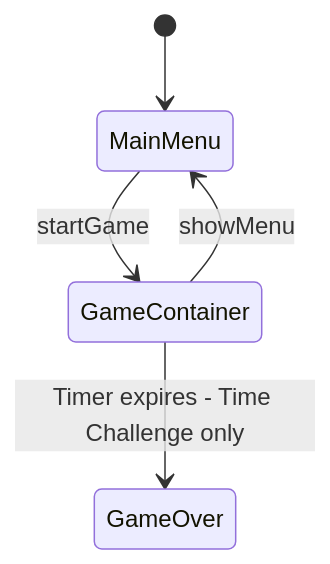
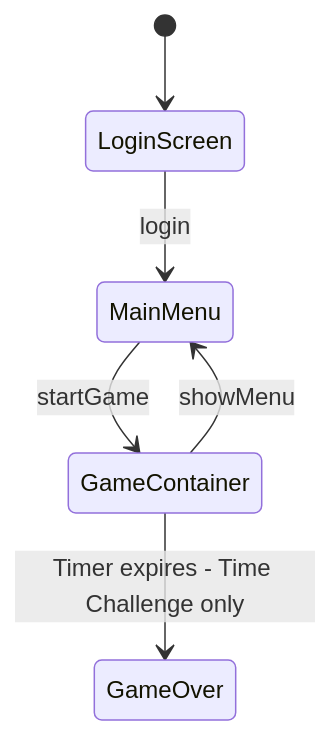
One commit to eliasrens/klockan changed the second of 2 diagrams in AGENTS.md. Above: the diagram before and after it, drawn with Mermaid. The commit also changed other lines of this file and 3 other files, not shown here.

````diff
--- a/AGENTS.md
+++ b/AGENTS.md
@@ -132,7 +178,8 @@
 ```mermaid
 stateDiagram-v2
-    [*] --> MainMenu
+    [*] --> LoginScreen
+    LoginScreen --> MainMenu: login
     MainMenu --> GameContainer: startGame
     GameContainer --> MainMenu: showMenu
     GameContainer --> GameOver: Timer expires - Time Challenge only
 ```
````
